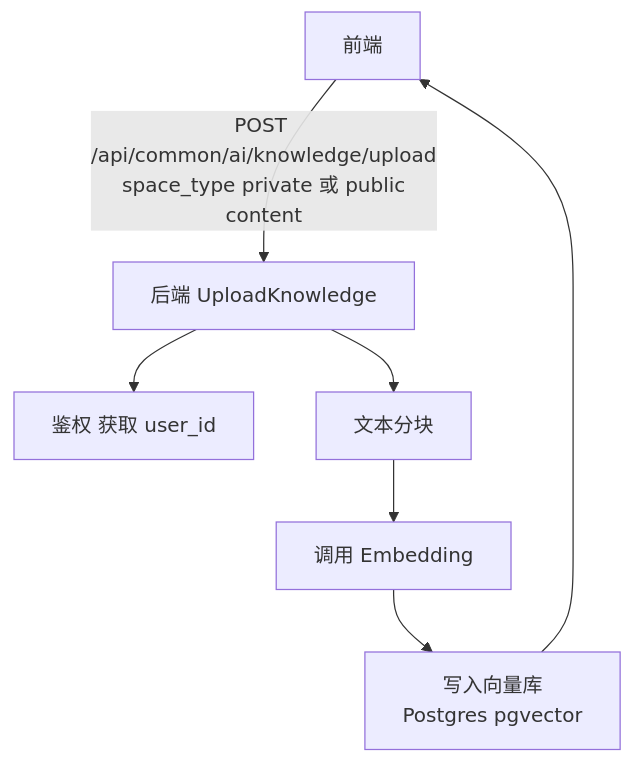
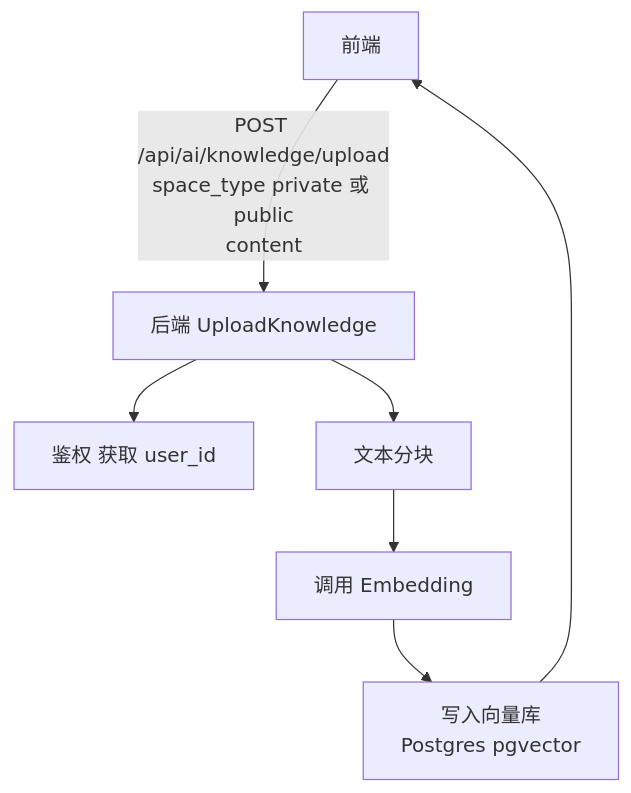
The fourth of 6 diagrams in docs/mermaid.md (Goblin-Master/nurture), drawn with Mermaid before and after one commit. The commit also changed other lines of this file and 10 other files, not shown here.

Commit message:
refactor: remove common api group

````diff
--- a/docs/mermaid.md
+++ b/docs/mermaid.md
@@ -67,9 +67,9 @@
 ```mermaid
 flowchart TD
-  FE[前端] -->|POST /api/common/ai/knowledge/upload<br/>space_type private 或 public<br/>content| API[后端 UploadKnowledge]
+  FE[前端] -->|POST /api/ai/knowledge/upload<br/>space_type private 或 public<br/>content| API[后端 UploadKnowledge]
   API --> AUTH[鉴权 获取 user_id]
   API --> CHUNK[文本分块]
   CHUNK --> EMB[调用 Embedding]
   EMB --> STORE[写入向量库<br/>Postgres pgvector]
   STORE --> FE
 ```
````
